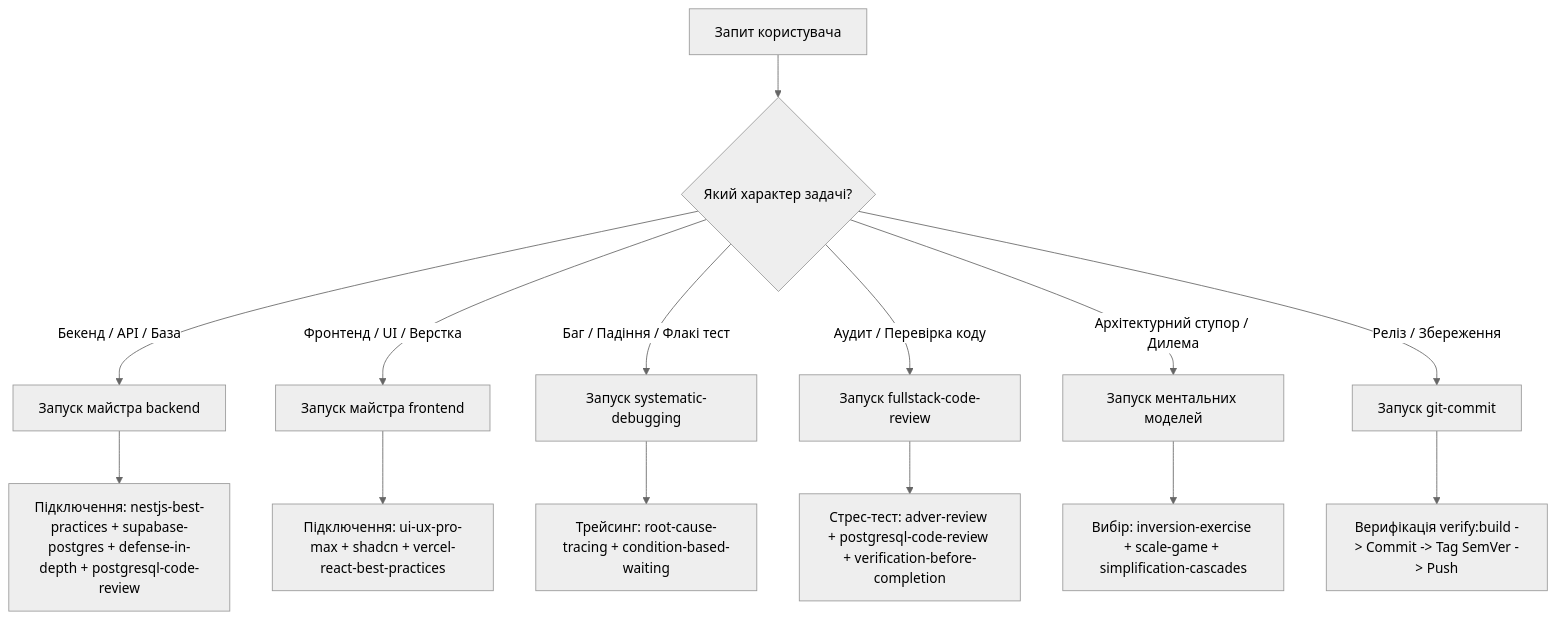
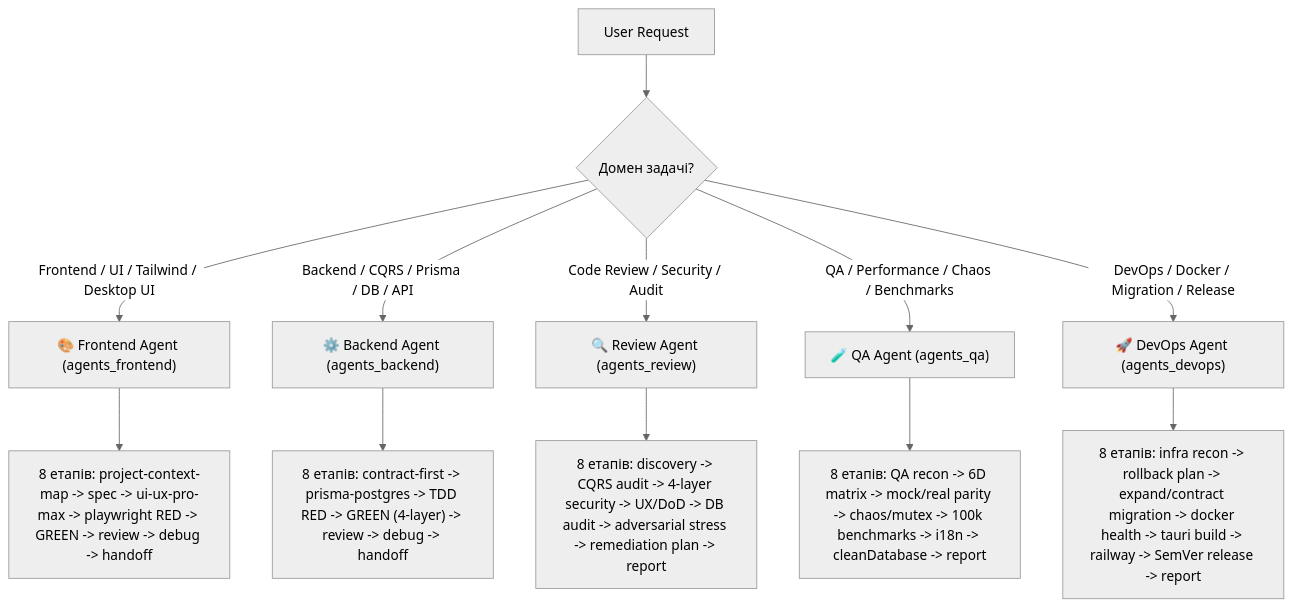
The diagram in .agents/AGENTS.md (OlegFutornoi/SmartFeedStudio), drawn with Mermaid (neutral theme) before and after one commit. The commit also changed other lines of this file and 1090 other files, not shown here.

````diff
--- a/.agents/AGENTS.md
+++ b/.agents/AGENTS.md
@@ -429,22 +115,19 @@
 ```mermaid
 graph TD
-    Start["Запит користувача"] --> TypeCheck{"Який характер задачі?"}
+    Start["User Request"] --> TypeCheck{"Домен задачі?"}
 
-    TypeCheck -->|"Бекенд / API / База"| B["Запуск майстра backend"]
-    B --> B_Sub["Підключення: nestjs-best-practices + supabase-postgres + defense-in-depth + postgresql-code-review"]
+    TypeCheck -->|"Frontend / UI / Tailwind / Desktop UI"| F["🎨 Frontend Agent (agents_frontend)"]
+    F --> F_Workflow["8 етапів: project-context-map -> spec -> ui-ux-pro-max -> playwright RED -> GREEN -> review -> debug -> handoff"]
 
-    TypeCheck -->|"Фронтенд / UI / Верстка"| F["Запуск майстра frontend"]
-    F --> F_Sub["Підключення: ui-ux-pro-max + shadcn + vercel-react-best-practices"]
+    TypeCheck -->|"Backend / CQRS / Prisma / DB / API"| B["⚙️ Backend Agent (agents_backend)"]
+    B --> B_Workflow["8 етапів: contract-first -> prisma-postgres -> TDD RED -> GREEN (4-layer) -> review -> debug -> handoff"]
 
-    TypeCheck -->|"Баг / Падіння / Флакі тест"| D["Запуск systematic-debugging"]
-    D --> D_Sub["Трейсинг: root-cause-tracing + condition-based-waiting"]
+    TypeCheck -->|"Code Review / Security / Audit"| R["🔍 Review Agent (agents_review)"]
+    R --> R_Workflow["8 етапів: discovery -> CQRS audit -> 4-layer security -> UX/DoD -> DB audit -> adversarial stress -> remediation plan -> report"]
 
-    TypeCheck -->|"Аудит / Перевірка коду"| R["Запуск fullstack-code-review"]
-    R --> R_Sub["Стрес-тест: adver-review + postgresql-code-review + verification-before-completion"]
+    TypeCheck -->|"QA / Performance / Chaos / Benchmarks"| Q["🧪 QA Agent (agents_qa)"]
+    Q --> Q_Workflow["8 етапів: QA recon -> 6D matrix -> mock/real parity -> chaos/mutex -> 100k benchmarks -> i18n -> cleanDatabase -> report"]
 
-    TypeCheck -->|"Архітектурний ступор / Дилема"| A["Запуск ментальних моделей"]
-    A --> A_Sub["Вибір: inversion-exercise + scale-game + simplification-cascades"]
-
-    TypeCheck -->|"Реліз / Збереження"| G["Запуск git-commit"]
-    G --> G_Sub["Верифікація verify:build -> Commit -> Tag SemVer -> Push"]
+    TypeCheck -->|"DevOps / Docker / Migration / Release"| O["🚀 DevOps Agent (agents_devops)"]
+    O --> O_Workflow["8 етапів: infra recon -> rollback plan -> expand/contract migration -> docker health -> tauri build -> railway -> SemVer release -> report"]
 ```
````
